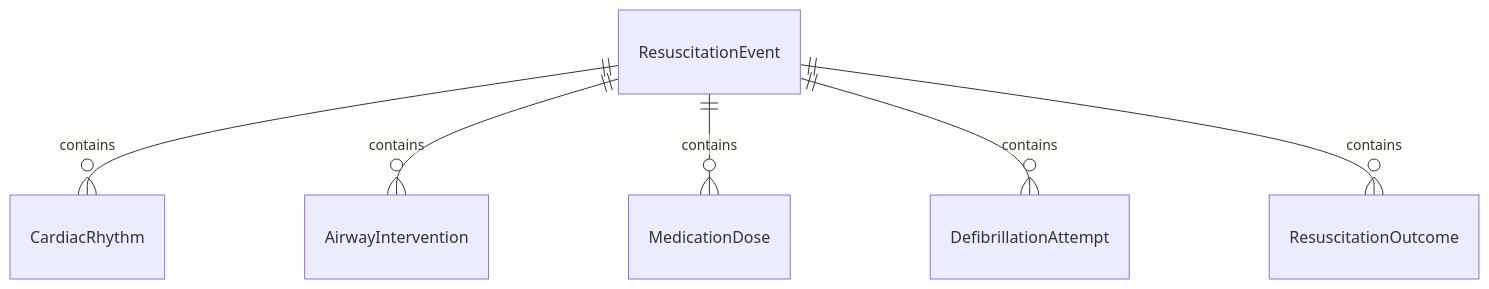
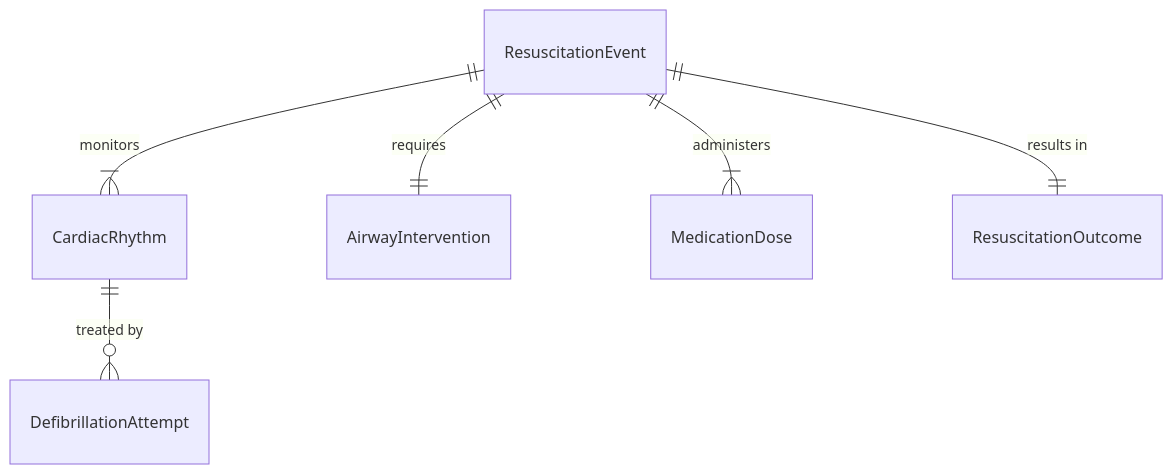
Before and after one commit to dot-org-ai/tasks.org.ai: the first of 4 diagrams in AssistingAndCaringForOthers/AdministerEmergencyMedicalTreatment/ImplementAdvancedLifeSupportTechniques.mdx, drawn with Mermaid. The commit also changed other lines of this file and 32 other files, not shown here.

First line of the commit message:
fix: Improve ER and State diagrams in 32 AssistingAndCaringForOthers DWA files

````diff
--- a/AssistingAndCaringForOthers/AdministerEmergencyMedicalTreatment/ImplementAdvancedLifeSupportTechniques.mdx
+++ b/AssistingAndCaringForOthers/AdministerEmergencyMedicalTreatment/ImplementAdvancedLifeSupportTechniques.mdx
@@ -88,8 +88,8 @@
 ```mermaid
 erDiagram
-    ResuscitationEvent ||--o{ CardiacRhythm : contains
-    ResuscitationEvent ||--o{ AirwayIntervention : contains
-    ResuscitationEvent ||--o{ MedicationDose : contains
-    ResuscitationEvent ||--o{ DefibrillationAttempt : contains
-    ResuscitationEvent ||--o{ ResuscitationOutcome : contains
+    ResuscitationEvent ||--|{ CardiacRhythm : monitors
+    CardiacRhythm ||--o{ DefibrillationAttempt : "treated by"
+    ResuscitationEvent ||--|| AirwayIntervention : requires
+    ResuscitationEvent ||--|{ MedicationDose : administers
+    ResuscitationEvent ||--|| ResuscitationOutcome : "results in"
 ```
````
